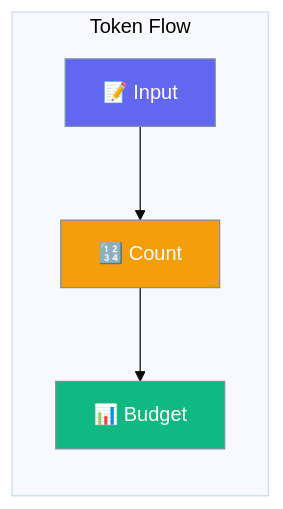
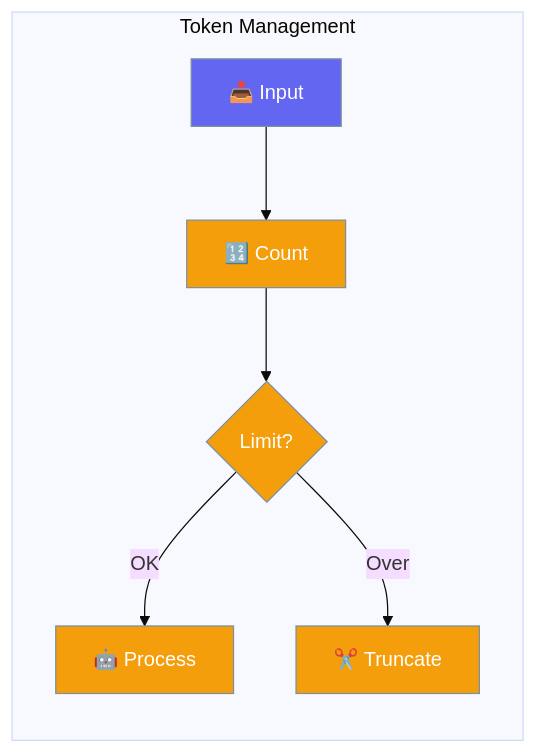
Before and after one commit to MervinPraison/PraisonAIDocs: the diagram in docs/rust/token-management.mdx, drawn with Mermaid (base theme). The commit also changed other lines of this file and 87 other files, not shown here.

````diff
--- a/docs/rust/token-management.mdx
+++ b/docs/rust/token-management.mdx
@@ -10,15 +10,15 @@
 ```mermaid
 graph LR
-    subgraph "Token Flow"
-        I[📝 Input] --> C[🔢 Count]
-        C --> B[📊 Budget]
+    subgraph "Token Management"
+        I[📥 Input] --> T[🔢 Count]
+        T --> L{Limit?}
+        L --> |OK| P[🤖 Process]
+        L --> |Over| C[✂️ Truncate]
     end
     
     classDef input fill:#6366F1,stroke:#7C90A0,color:#fff
     classDef process fill:#F59E0B,stroke:#7C90A0,color:#fff
-    classDef output fill:#10B981,stroke:#7C90A0,color:#fff
     
     class I input
-    class C process
-    class B output
+    class T,L,P,C process
 ```
````
